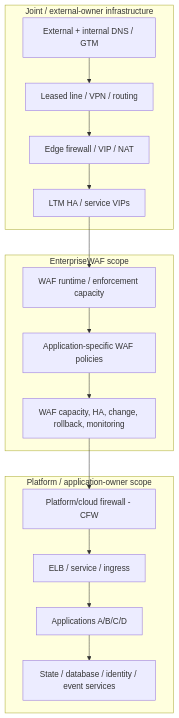
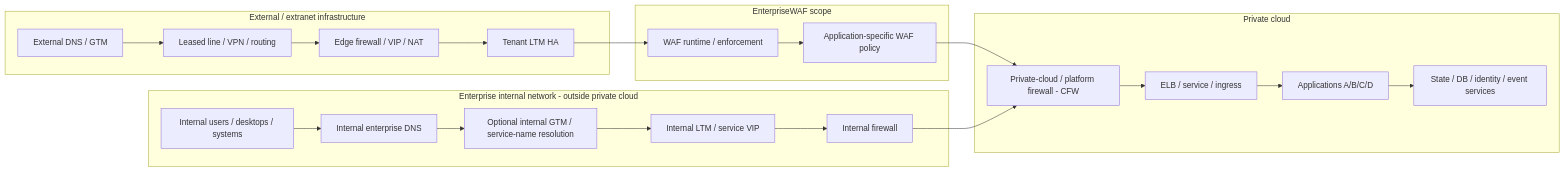
Before and after one commit to jfang88/EnterpriseWAF: the first of 3 diagrams in enterprise-scenarios/high_level_architecture.md, drawn with Mermaid. The commit also changed other lines of this file, not shown here.

Commit message:
Correct internal-network and private-cloud firewall boundaries

```diff
--- a/enterprise-scenarios/high_level_architecture.md
+++ b/enterprise-scenarios/high_level_architecture.md
@@ -58,29 +63,37 @@
 ~~~mermaid
-flowchart TB
+flowchart LR
 
-  subgraph EXT[Joint / external-owner infrastructure]
-    DNS[External + internal DNS / GTM]
+  subgraph EXT[External / extranet infrastructure]
+    EDNS[External DNS / GTM]
     NET[Leased line / VPN / routing]
-    FW[Edge firewall / VIP / NAT]
-    LTM[LTM HA / service VIPs]
-    DNS --> NET --> FW --> LTM
+    EFW[Edge firewall / VIP / NAT]
+    TLTM[Tenant LTM HA]
+    EDNS --> NET --> EFW --> TLTM
   end
 
   subgraph WAFS[EnterpriseWAF scope]
-    WR[WAF runtime / enforcement capacity]
-    WP[Application-specific WAF policies]
-    WC[WAF capacity, HA, change, rollback, monitoring]
-    LTM --> WR
-    WR --> WP
-    WP --> WC
+    WR[WAF runtime / enforcement]
+    WP[Application-specific WAF policy]
+    TLTM --> WR --> WP
   end
 
-  subgraph PLATFORM[Platform / application-owner scope]
-    CFW[Platform/cloud firewall - CFW]
+  subgraph INT[Enterprise internal network - outside private cloud]
+    IU[Internal users / desktops / systems]
+    IDNS[Internal enterprise DNS]
+    IGTM[Optional internal GTM / service-name resolution]
+    ILTM[Internal LTM / service VIP]
+    IFW[Internal firewall]
+    IU --> IDNS --> IGTM --> ILTM --> IFW
+  end
+
+  subgraph CLOUD[Private cloud]
+    CFW[Private-cloud / platform firewall - CFW]
     ELB[ELB / service / ingress]
     APP[Applications A/B/C/D]
-    STATE[State / database / identity / event services]
-    WC --> CFW --> ELB --> APP
-    APP --> STATE
+    STATE[State / DB / identity / event services]
+    CFW --> ELB --> APP --> STATE
   end
+
+  WP --> CFW
+  IFW --> CFW
 ~~~
```
